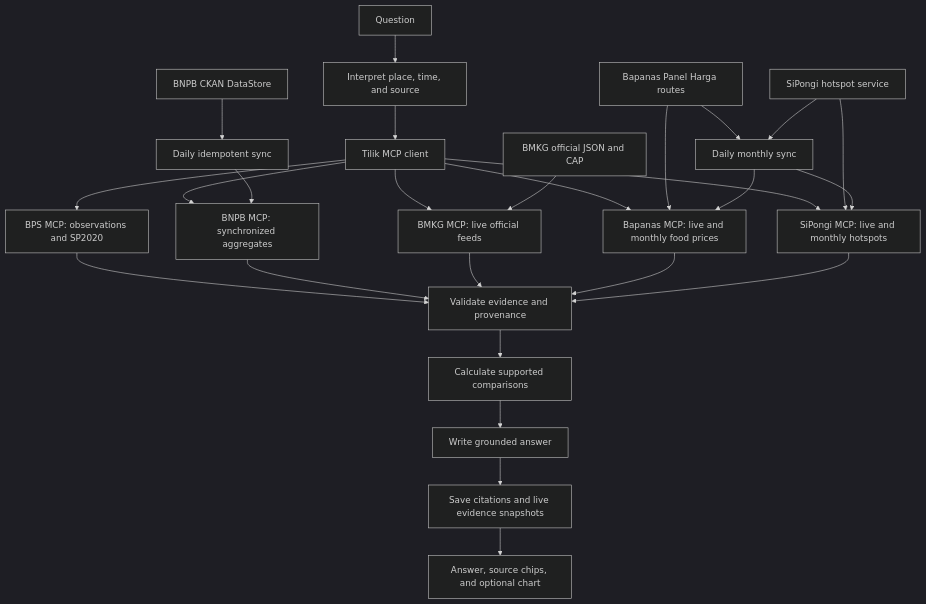
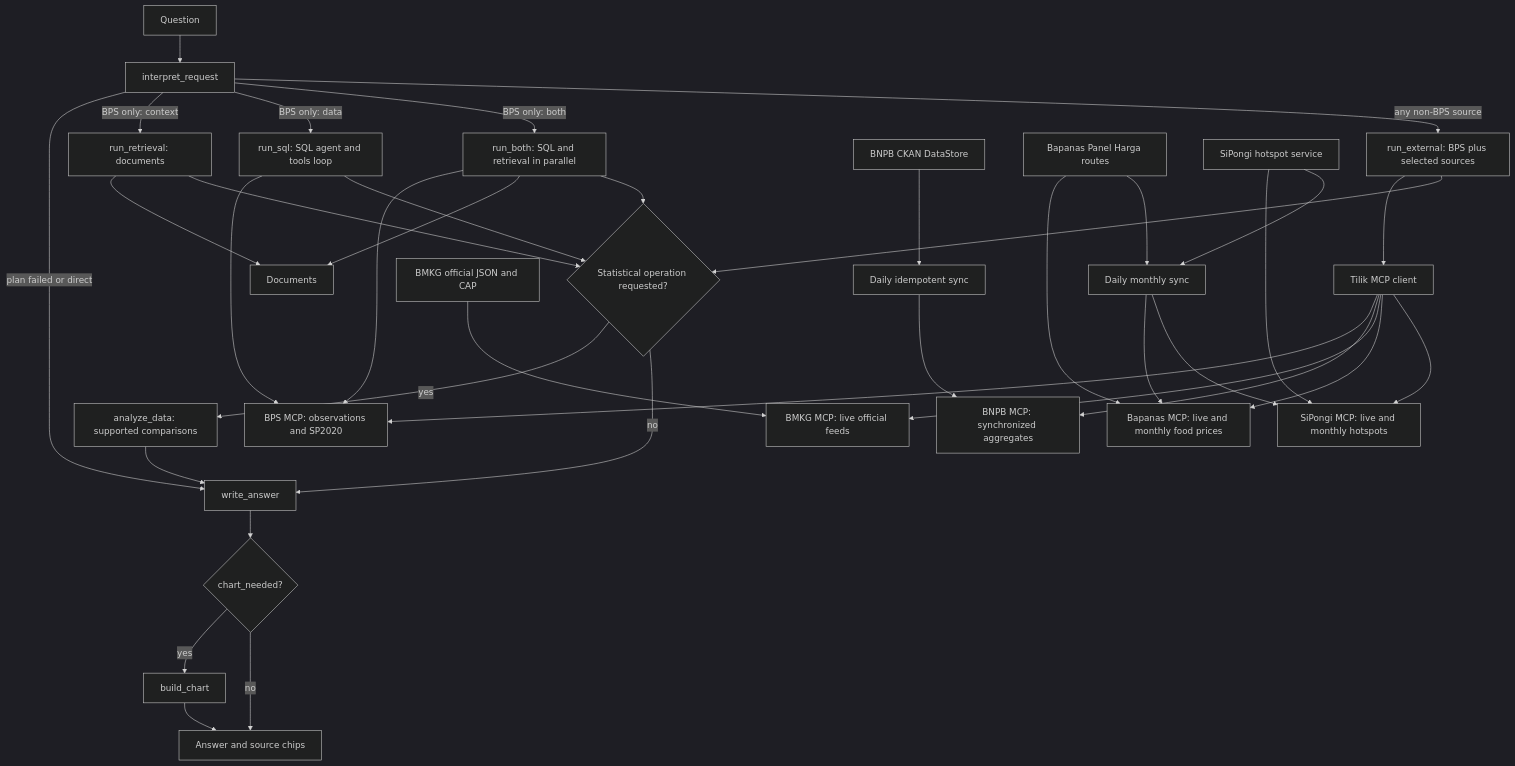
One commit to aprirachmadi/tilik-agent changed the diagram in README.md. Above: the diagram before and after it, drawn with Mermaid (dark theme).

Commit message:
Redraw the README question flow to match the question graph

````diff
--- a/README.md
+++ b/README.md
@@ -66,28 +66,39 @@
 ```mermaid
 flowchart TD
-    Q[Question] --> I[Interpret place, time, and source]
-    I --> C[Tilik MCP client]
+    Q[Question] --> I[interpret_request]
+    I -->|plan failed or direct| W[write_answer]
+    I -->|BPS only: context| R[run_retrieval: documents]
+    I -->|BPS only: data| S[run_sql: SQL agent and tools loop]
+    I -->|BPS only: both| RB[run_both: SQL and retrieval in parallel]
+    I -->|any non-BPS source| X[run_external: BPS plus selected sources]
+    X --> C[Tilik MCP client]
     C --> B[BPS MCP: observations and SP2020]
     C --> N[BNPB MCP: synchronized aggregates]
     C --> M[BMKG MCP: live official feeds]
     C --> F[Bapanas MCP: live and monthly food prices]
     C --> H[SiPongi MCP: live and monthly hotspots]
-    B --> V[Validate evidence and provenance]
-    N --> V
-    M --> V
-    F --> V
-    H --> V
-    V --> A[Calculate supported comparisons]
-    A --> W[Write grounded answer]
-    W --> P[Save citations and live evidence snapshots]
-    P --> U[Answer, source chips, and optional chart]
+    S --> B
+    R --> D[Documents]
+    RB --> B
+    RB --> D
+    R --> G{Statistical operation requested?}
+    S --> G
+    RB --> G
+    X --> G
+    G -->|yes| A[analyze_data: supported comparisons]
+    G -->|no| W
+    A --> W
+    W --> K{chart_needed?}
+    K -->|yes| BC[build_chart]
+    K -->|no| U[Answer and source chips]
+    BC --> U
     CKAN[BNPB CKAN DataStore] --> SYNC[Daily idempotent sync]
     SYNC --> N
     LIVE[BMKG official JSON and CAP] --> M
     PANEL[Bapanas Panel Harga routes] --> F
     PANEL --> MSYNC[Daily monthly sync]
     SPG[SiPongi hotspot service] --> H
     SPG --> MSYNC
     MSYNC --> F
     MSYNC --> H
 ```
````
